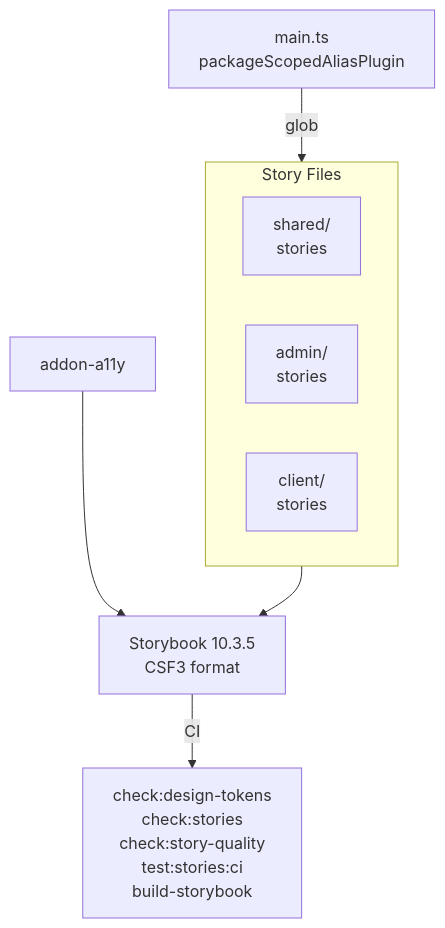
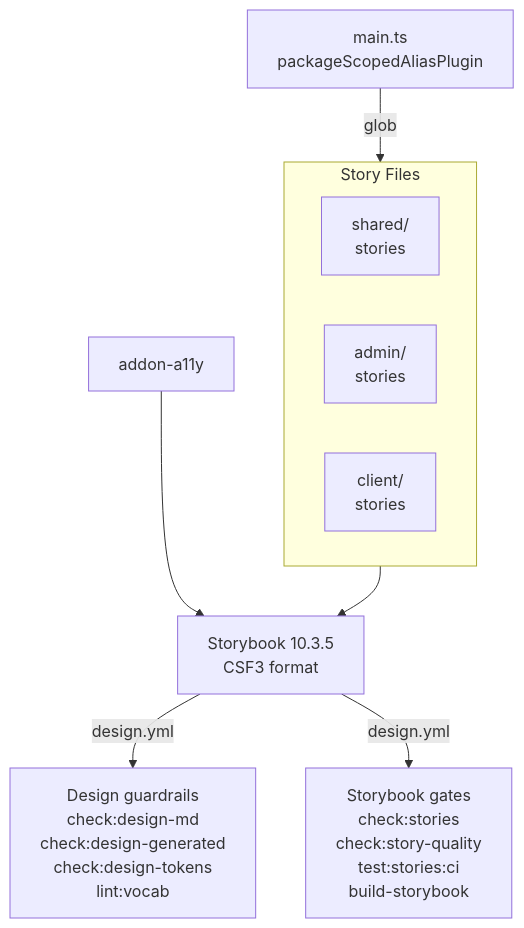
The diagram in docs/docs/builders/testing/storybook.mdx (greenpill-dev-guild/green-goods), drawn with Mermaid before and after one commit. The commit also changed other lines of this file and 61 other files, not shown here.

````diff
--- a/docs/docs/builders/testing/storybook.mdx
+++ b/docs/docs/builders/testing/storybook.mdx
@@ -31,16 +31,17 @@
 ```mermaid
 graph TB
     subgraph Stories["Story Files"]
         S["shared/\nstories"]
         A["admin/\nstories"]
         C["client/\nstories"]
     end
 
     Config["main.ts\npackageScopedAliasPlugin"] -->|glob| Stories
 
     A11y["addon-a11y"]
 
     Stories --> SB["Storybook 10.3.5\nCSF3 format"]
     A11y --> SB
-    SB -->|CI| Gates["check:design-tokens\ncheck:stories\ncheck:story-quality\ntest:stories:ci\nbuild-storybook"]
+    SB -->|design.yml| Guardrails["Design guardrails\ncheck:design-md\ncheck:design-generated\ncheck:design-tokens\nlint:vocab"]
+    SB -->|design.yml| StoryGates["Storybook gates\ncheck:stories\ncheck:story-quality\ntest:stories:ci\nbuild-storybook"]
 ```
````
